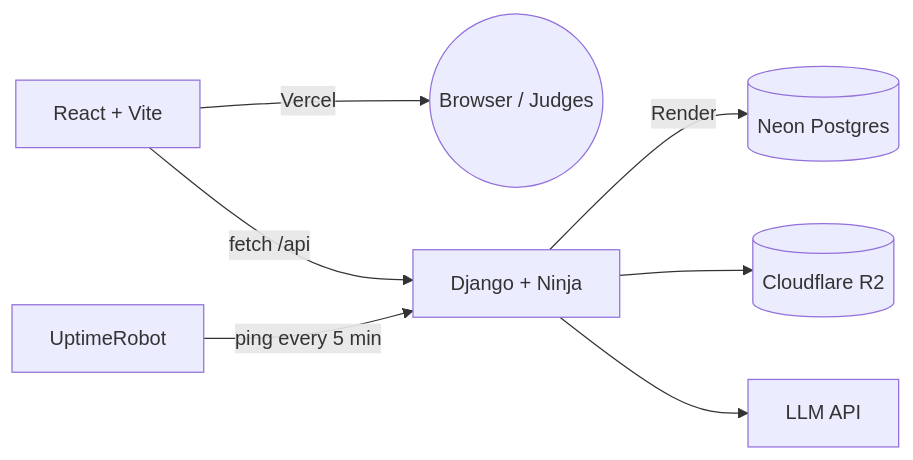
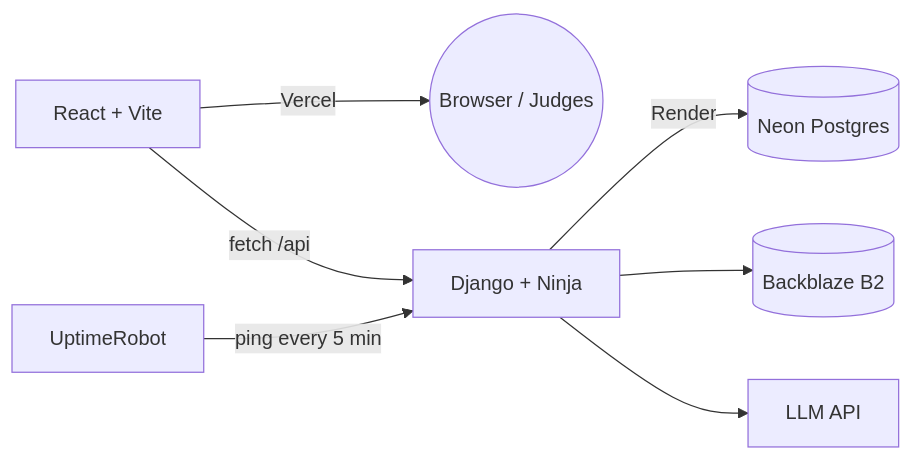
The diagram in README.md (lvth-seannie/sivihack26), drawn with Mermaid before and after one commit. The commit also changed other lines of this file, not shown here.

First line of the commit message:
Change file storage provider to Backblaze B2

````diff
--- a/README.md
+++ b/README.md
@@ -18,9 +18,9 @@
 ```mermaid
 flowchart LR
     A[React + Vite] -->|Vercel| B((Browser / Judges))
     A -->|fetch /api| C[Django + Ninja]
     C -->|Render| D[(Neon Postgres)]
-    C --> E[(Cloudflare R2)]
+    C --> E[(Backblaze B2)]
     C --> F[LLM API]
     G[UptimeRobot] -->|ping every 5 min| C
 ```
````
